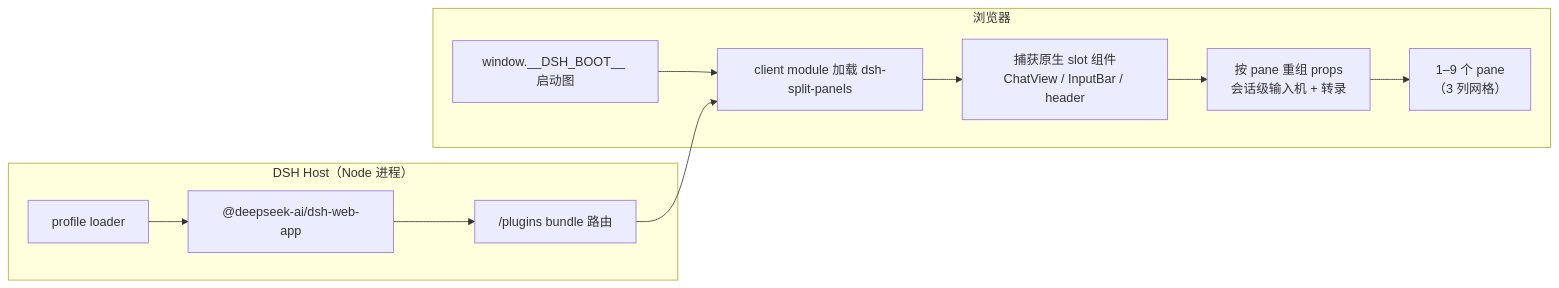
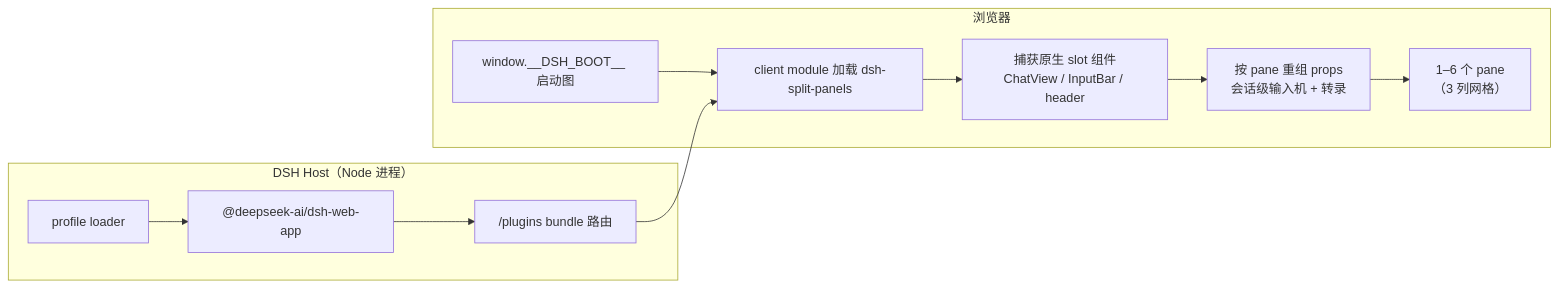
Before and after one commit to HZWzzl/dsh-split-panels: the fourth of 5 diagrams in README.md, drawn with Mermaid. The commit also changed other lines of this file and 3 other files, not shown here.

````diff
--- a/README.md
+++ b/README.md
@@ -134,14 +145,14 @@
 ```mermaid
 flowchart LR
   subgraph HOST["DSH Host（Node 进程）"]
     L["profile loader"] --> WEB["@deepseek-ai/dsh-web-app"]
     WEB --> SRV["/plugins bundle 路由"]
   end
   subgraph BROWSER["浏览器"]
     BOOT["window.__DSH_BOOT__ 启动图"] --> MOD["client module 加载 dsh-split-panels"]
     MOD --> CAP["捕获原生 slot 组件<br/>ChatView / InputBar / header"]
     CAP --> PANE["按 pane 重组 props<br/>会话级输入机 + 转录"]
-    PANE --> UI["1–9 个 pane<br/>（3 列网格）"]
+    PANE --> UI["1–6 个 pane<br/>（3 列网格）"]
   end
   SRV --> MOD
 ```
````
